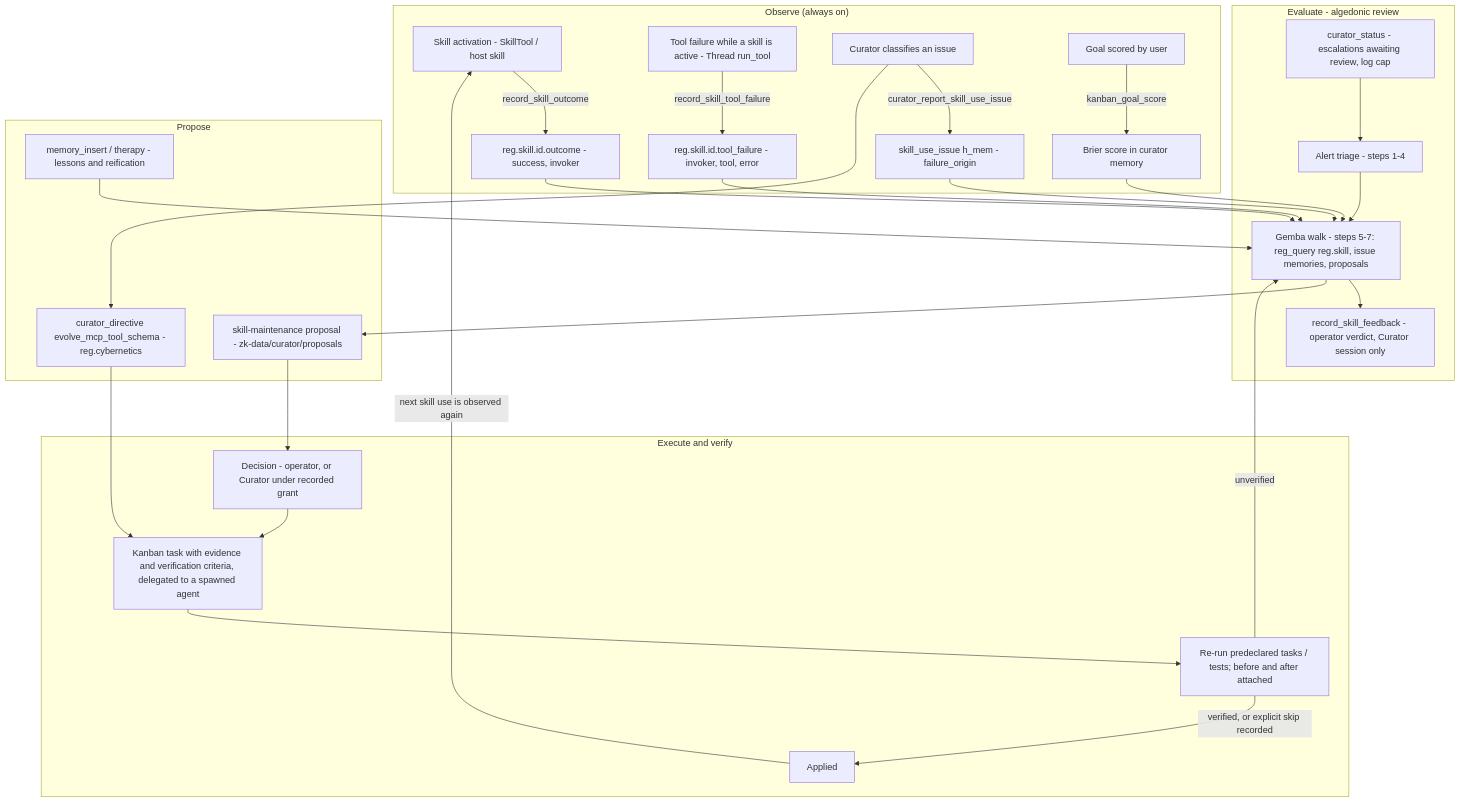
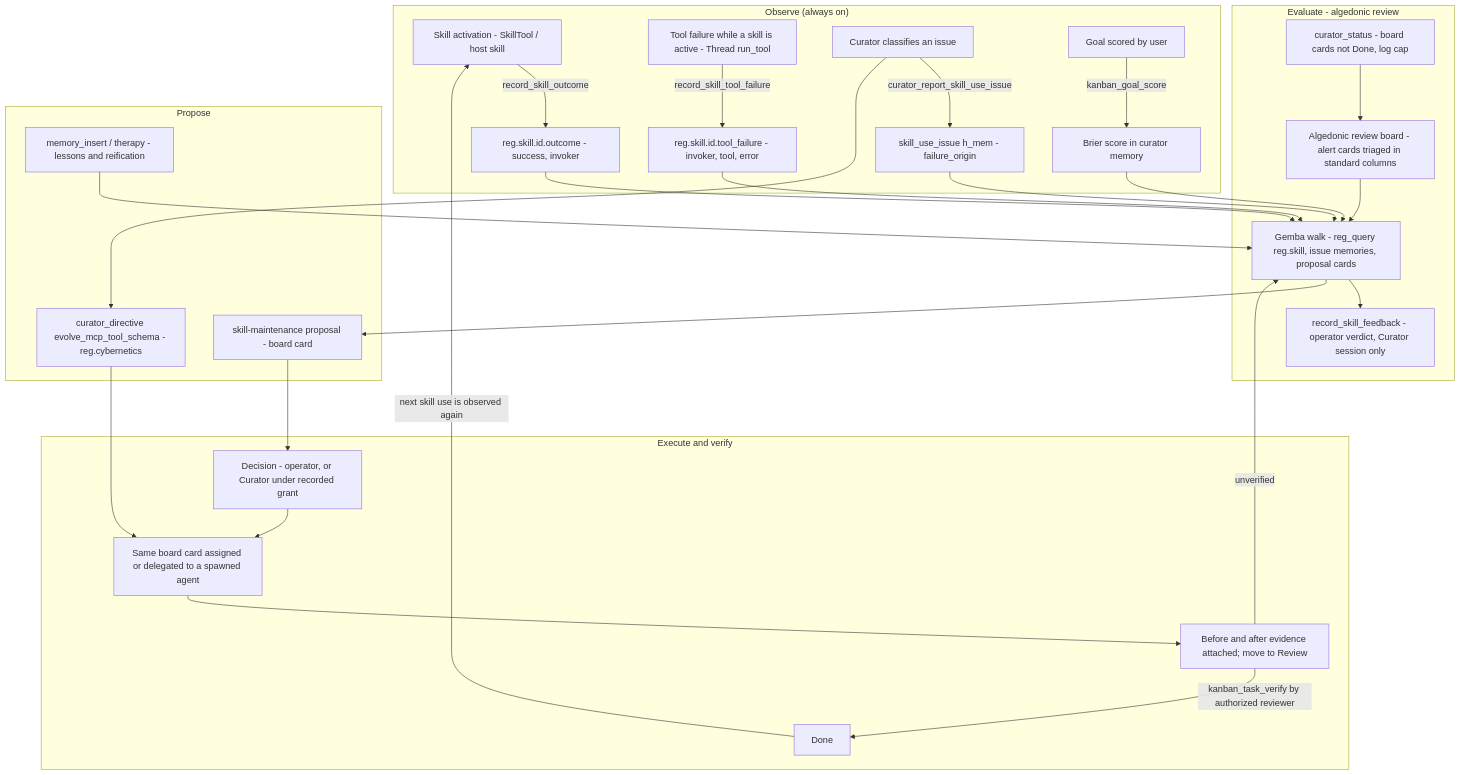
Before and after one commit to mdz-axo/zed-kask: diagram 14 of 14 in kask/docs/diagrams/architecture.md, drawn with Mermaid. The commit also changed other lines of this file and 23 other files, not shown here.

First line of the commit message:
Route algedonic alerts to the kanban board

````diff
--- a/kask/docs/diagrams/architecture.md
+++ b/kask/docs/diagrams/architecture.md
@@ -831,35 +831,35 @@
 ```mermaid
 flowchart TD
     subgraph Observe["Observe (always on)"]
         A[Skill activation - SkillTool / host skill] -->|record_skill_outcome| O1[reg.skill.id.outcome - success, invoker]
         B[Tool failure while a skill is active - Thread run_tool] -->|record_skill_tool_failure| O2[reg.skill.id.tool_failure - invoker, tool, error]
         C[Curator classifies an issue] -->|curator_report_skill_use_issue| O3[skill_use_issue h_mem - failure_origin]
         G[Goal scored by user] -->|kanban_goal_score| O4[Brier score in curator memory]
     end
     subgraph Evaluate["Evaluate - algedonic review"]
-        S[curator_status - escalations awaiting review, log cap] --> R[Alert triage - steps 1-4]
-        R --> W[Gemba walk - steps 5-7: reg_query reg.skill, issue memories, proposals]
+        S[curator_status - board cards not Done, log cap] --> R[Algedonic review board - alert cards triaged in standard columns]
+        R --> W[Gemba walk - reg_query reg.skill, issue memories, proposal cards]
         W --> V[record_skill_feedback - operator verdict, Curator session only]
     end
     subgraph Propose
-        P1[skill-maintenance proposal - zk-data/curator/proposals]
+        P1[skill-maintenance proposal - board card]
         P2[curator_directive evolve_mcp_tool_schema - reg.cybernetics]
         P3[memory_insert / therapy - lessons and reification]
     end
     subgraph Execute["Execute and verify"]
-        D[Decision - operator, or Curator under recorded grant] --> K[Kanban task with evidence and verification criteria, delegated to a spawned agent]
-        K --> T[Re-run predeclared tasks / tests; before and after attached]
-        T -->|verified, or explicit skip recorded| Done[Applied]
+        D[Decision - operator, or Curator under recorded grant] --> K[Same board card assigned or delegated to a spawned agent]
+        K --> T[Before and after evidence attached; move to Review]
+        T -->|kanban_task_verify by authorized reviewer| Done[Done]
         T -->|unverified| W
     end
     O1 --> W
     O2 --> W
     O3 --> W
     O4 --> W
     W --> P1
     C --> P2
     P1 --> D
     P2 --> K
     P3 --> W
     Done -->|next skill use is observed again| A
 ```
````
